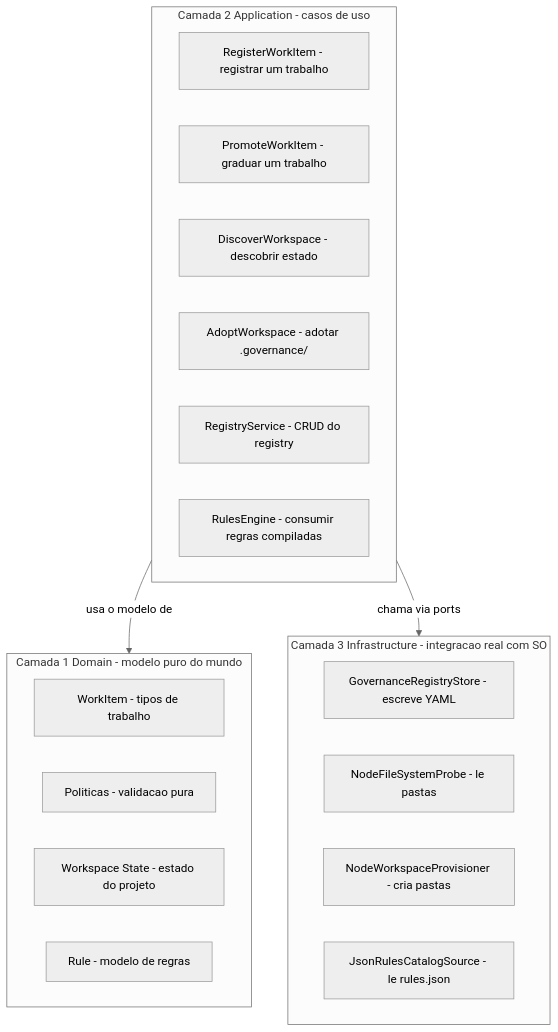
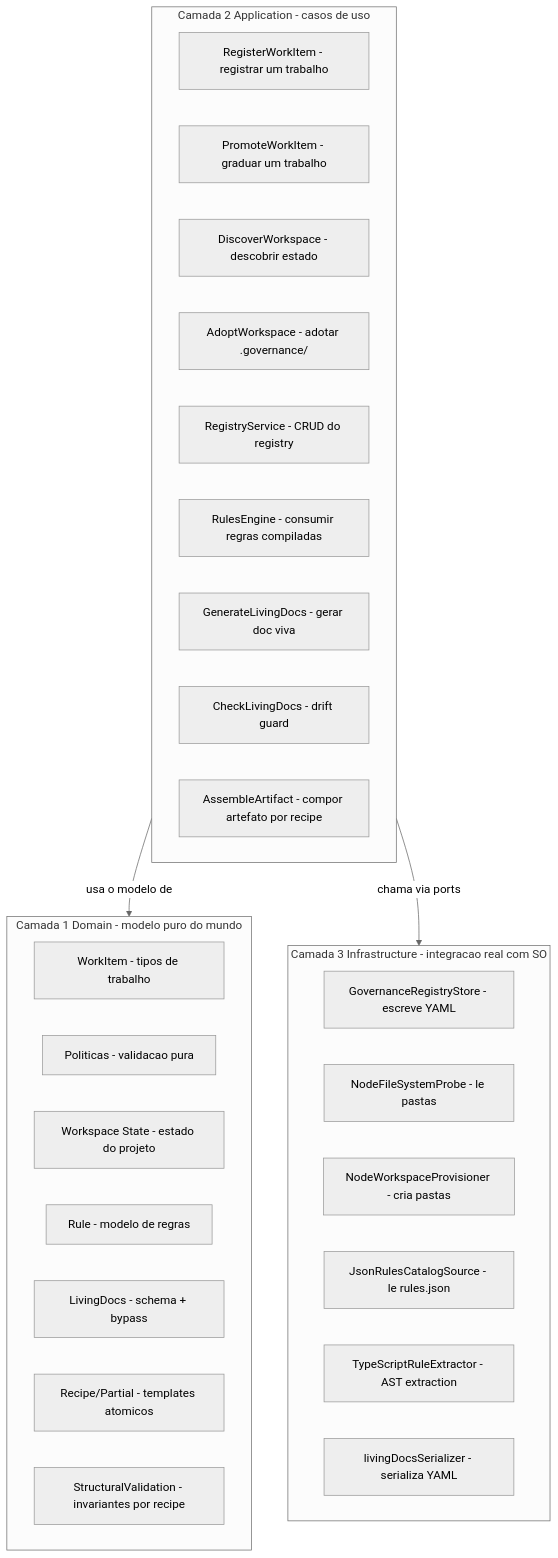
Before and after one commit to rosanarezende/ai-guidelines: the first of 4 diagrams in .core/governance/ARCHITECTURE.md, drawn with Mermaid (neutral theme). The commit also changed other lines of this file and 71 other files, not shown here.

First line of the commit message:
(spec-0021) PR3 — Executable Intelligence Runtime: Living Documentation com drift guard fatal (#13)

````diff
--- a/.core/governance/ARCHITECTURE.md
+++ b/.core/governance/ARCHITECTURE.md
@@ -49,28 +49,36 @@
 ```mermaid
 graph TB
     subgraph inf [Camada 3 Infrastructure - integracao real com SO]
         i1[GovernanceRegistryStore - escreve YAML]
         i2[NodeFileSystemProbe - le pastas]
         i3[NodeWorkspaceProvisioner - cria pastas]
         i4[JsonRulesCatalogSource - le rules.json]
+        i5[TypeScriptRuleExtractor - AST extraction]
+        i6[livingDocsSerializer - serializa YAML]
     end
 
     subgraph app [Camada 2 Application - casos de uso]
         a1[RegisterWorkItem - registrar um trabalho]
         a2[PromoteWorkItem - graduar um trabalho]
         a3[DiscoverWorkspace - descobrir estado]
         a4[AdoptWorkspace - adotar .governance/]
         a5[RegistryService - CRUD do registry]
         a6[RulesEngine - consumir regras compiladas]
+        a7[GenerateLivingDocs - gerar doc viva]
+        a8[CheckLivingDocs - drift guard]
+        a9[AssembleArtifact - compor artefato por recipe]
     end
 
     subgraph dom [Camada 1 Domain - modelo puro do mundo]
         d1[WorkItem - tipos de trabalho]
         d2[Politicas - validacao pura]
         d3[Workspace State - estado do projeto]
         d4[Rule - modelo de regras]
+        d5[LivingDocs - schema + bypass]
+        d6[Recipe/Partial - templates atomicos]
+        d7[StructuralValidation - invariantes por recipe]
     end
 
     app -->|usa o modelo de| dom
     app -->|chama via ports| inf
 ```
````
